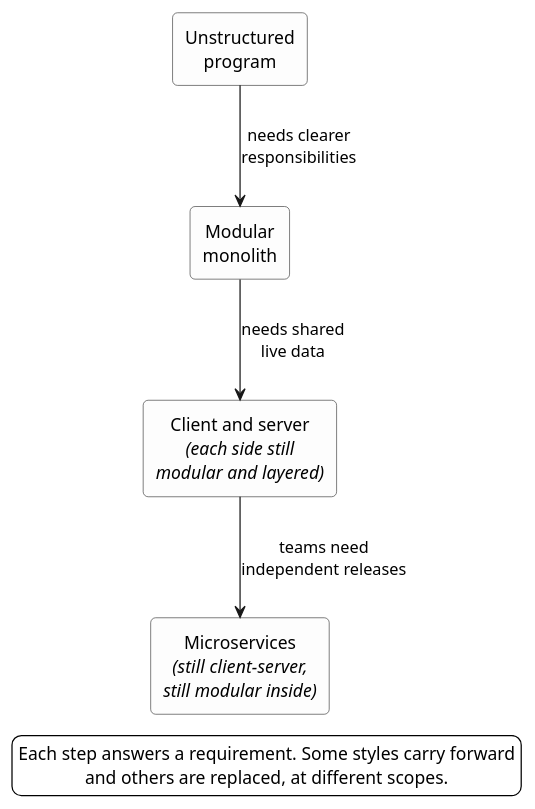
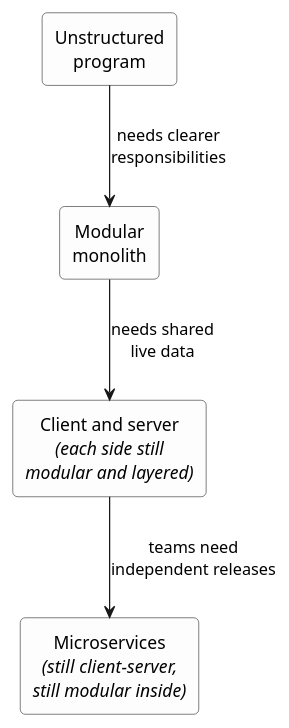
Before and after one commit to se-edu/se-book: the diagram in architecture/architecturalStyles/more/usingStyles/images/architectureProgression.puml, drawn with PlantUML. The commit also changed 10 other files, not shown here.

Commit message:
architecture: Tweak diagrams

```diff
--- a/architecture/architecturalStyles/more/usingStyles/images/architectureProgression.puml
+++ b/architecture/architecturalStyles/more/usingStyles/images/architectureProgression.puml
@@ -1,22 +1,18 @@
 @startuml
 skinparam backgroundColor transparent
 skinparam shadowing false
 skinparam defaultTextAlignment center
 skinparam rectangle {
   BackgroundColor #FDFDFD
   BorderColor #333333
   roundCorner 8
 }
 top to bottom direction
 rectangle "Unstructured\nprogram" as a
 rectangle "Modular\nmonolith" as b
 rectangle "Client and server\n<i>(each side still</i>\n<i>modular and layered)</i>" as c
 rectangle "Microservices\n<i>(still client-server,</i>\n<i>still modular inside)</i>" as d
 a --> b : needs clearer\nresponsibilities
 b --> c : needs shared\nlive data
 c --> d : teams need\nindependent releases
-legend bottom
-  Each step answers a requirement. Some styles carry forward
-  and others are replaced, at different scopes.
-endlegend
 @enduml
```
